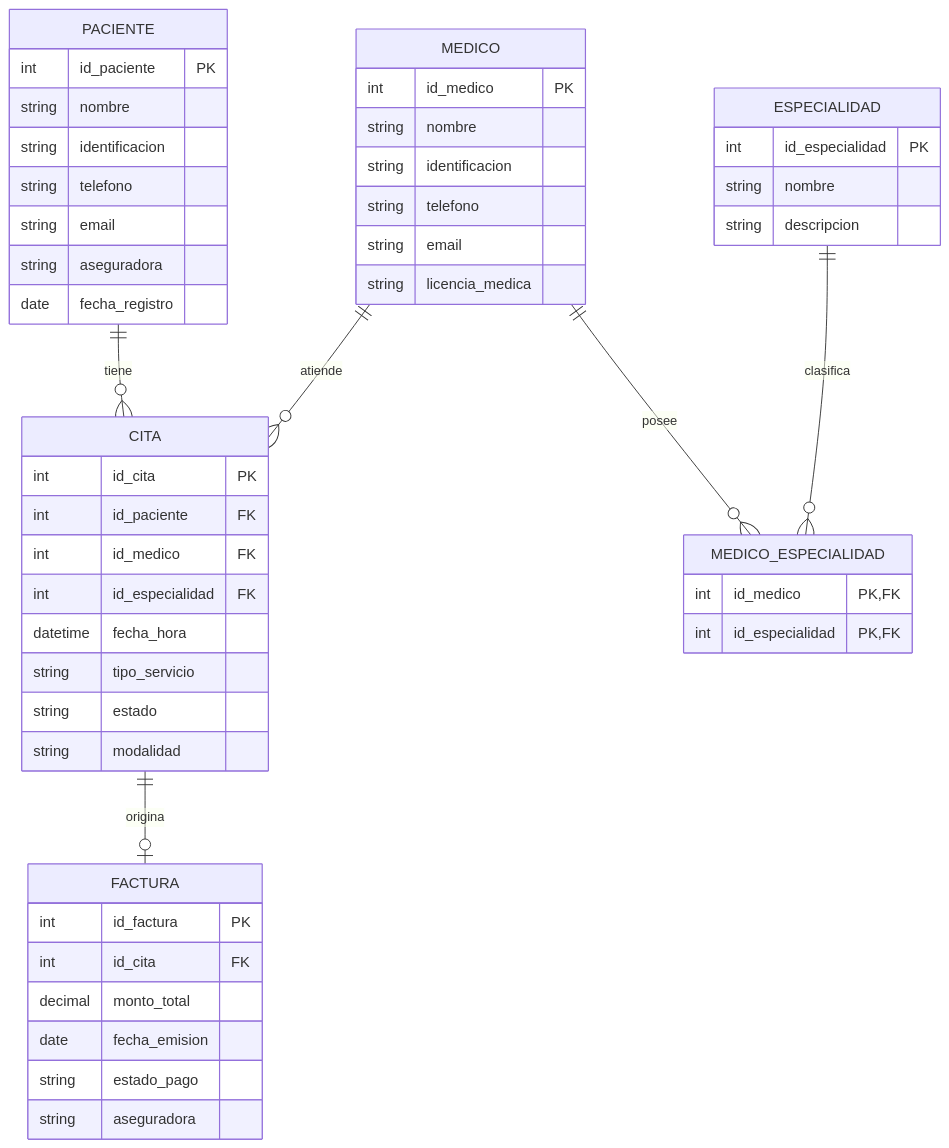
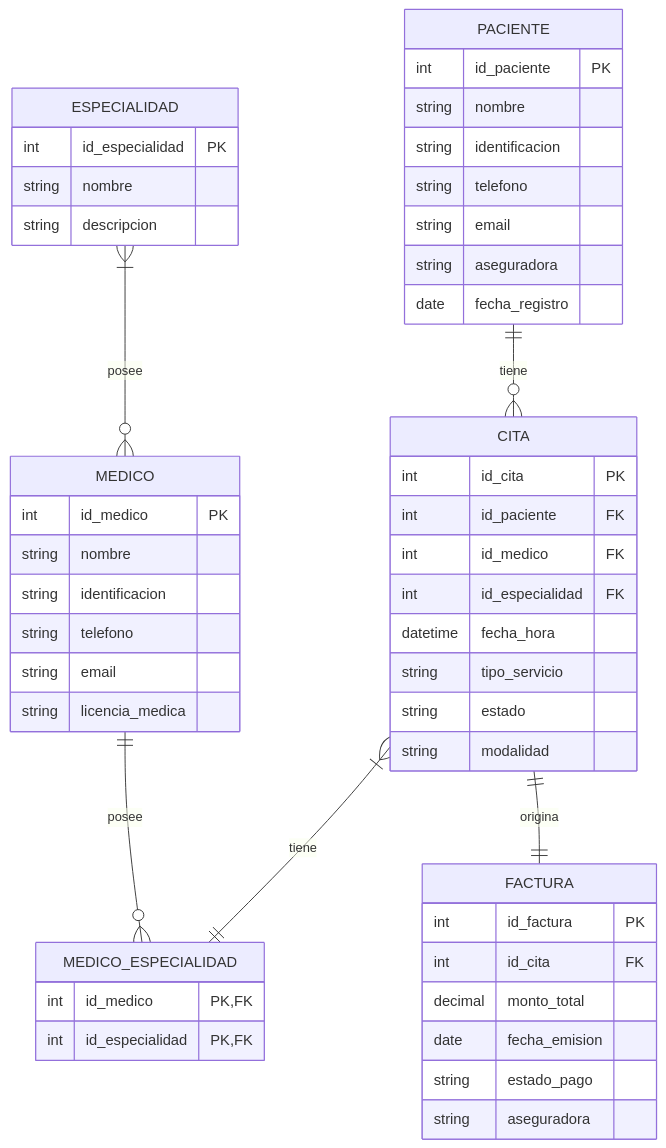
The first of 2 diagrams in README.md (285JuanDM/Taller_2_Modelo_Entidad_Relacion), drawn with Mermaid before and after one commit.

Commit message:
diagrama2_Clinica

````diff
--- a/README.md
+++ b/README.md
@@ -40,58 +40,59 @@
 ```mermaid
 erDiagram
     PACIENTE ||--o{ CITA : tiene
     MEDICO ||--o{ MEDICO_ESPECIALIDAD : posee
-    ESPECIALIDAD ||--o{ MEDICO_ESPECIALIDAD : clasifica
-    MEDICO ||--o{ CITA : atiende
-    CITA ||--o| FACTURA : origina
+    CITA |{--|| MEDICO_ESPECIALIDAD:tiene
+    CITA ||--|| FACTURA : origina
+    ESPECIALIDAD |{--o{ MEDICO: posee
 
     PACIENTE {
         int id_paciente PK
         string nombre
         string identificacion
         string telefono
         string email
         string aseguradora
         date fecha_registro
     }
 
     MEDICO {
         int id_medico PK
         string nombre
         string identificacion
         string telefono
         string email
         string licencia_medica
     }
 
     ESPECIALIDAD {
         int id_especialidad PK
         string nombre
         string descripcion
     }
 
     MEDICO_ESPECIALIDAD {
         int id_medico PK, FK
         int id_especialidad PK, FK
     }
 
     CITA {
         int id_cita PK
         int id_paciente FK
         int id_medico FK
         int id_especialidad FK
         datetime fecha_hora
         string tipo_servicio
         string estado
         string modalidad
     }
 
     FACTURA {
         int id_factura PK
         int id_cita FK
         decimal monto_total
         date fecha_emision
         string estado_pago
         string aseguradora
     }
+
 ```
````
